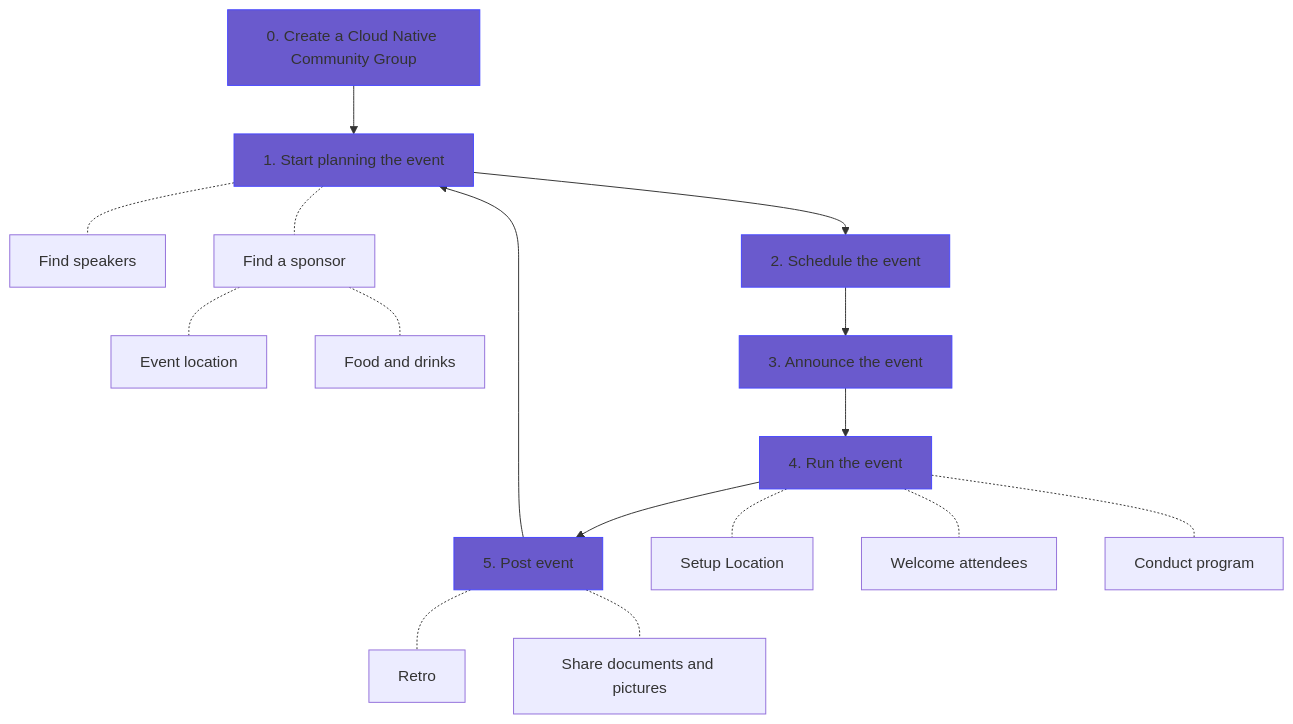
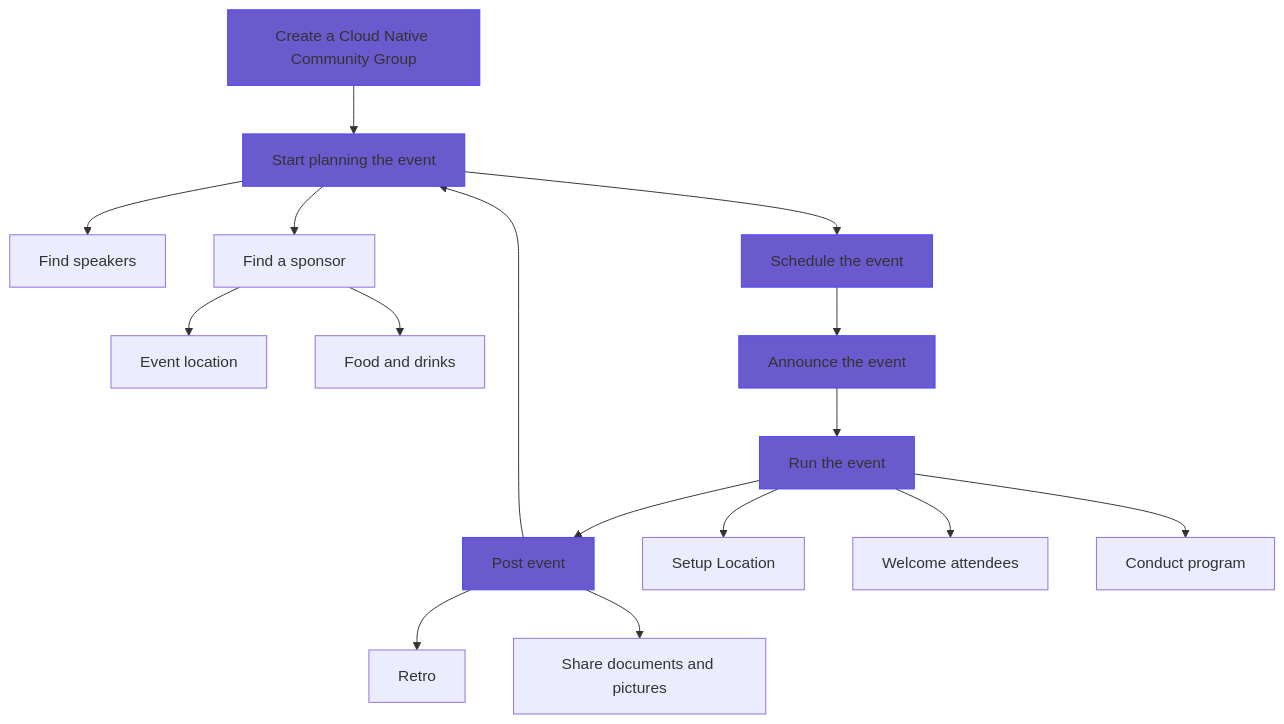
The diagram in best_practices.md (cncf/communitygroups), drawn with Mermaid before and after one commit.

Commit message:
Update best_practices.md
Updated unsupported markdown.

````diff
--- a/best_practices.md
+++ b/best_practices.md
@@ -7,16 +7,16 @@
 ```mermaid
 flowchart TB
-    create[0. Create a Cloud Native Community Group] --> start[1. Start planning the event]
-    start -.- speakers[Find speakers] & sponsor[Find a sponsor]
-    sponsor -.- location[Event location] & food[Food and drinks]
-    start --> schedule[2. Schedule the event]
-    schedule --> announce[3. Announce the event]
-    announce --> run[4. Run the event]
-    run --> wrapup[5. Post event]
-    run -.- setup[Setup Location] & welcome[Welcome attendees] & program[Conduct program]
+    create[Create a Cloud Native Community Group] --> start[Start planning the event]
+    start --> speakers[Find speakers] & sponsor[Find a sponsor]
+    sponsor --> location[Event location] & food[Food and drinks]
+    start --> schedule[Schedule the event]
+    schedule --> announce[Announce the event]
+    announce --> run[Run the event]
+    run --> wrapup[Post event]
+    run --> setup[Setup Location] & welcome[Welcome attendees] & program[Conduct program]
     wrapup --> start
-    wrapup -.- retro[Retro] & resources[Share documents and pictures]
+    wrapup --> retro[Retro] & resources[Share documents and pictures]
 
     classDef mainPath fill:#6A5ACD,stroke:#4747FF;
     class create,start,schedule,announce,run,wrapup mainPath;
 ```
````
